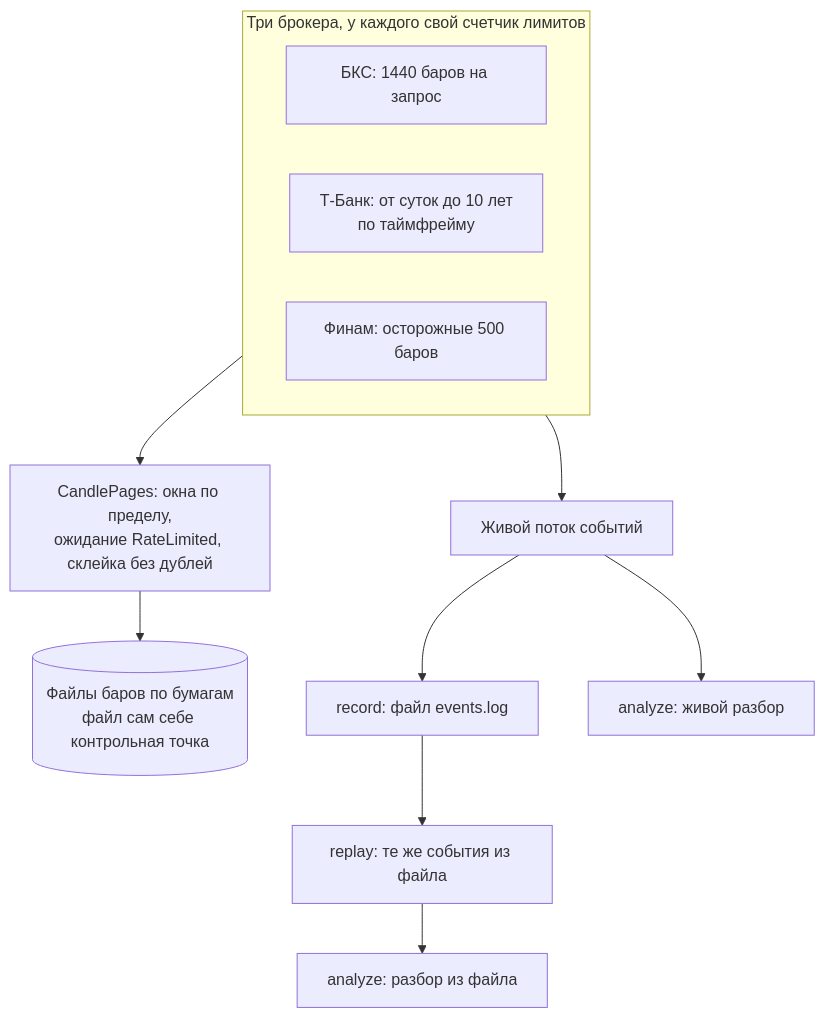
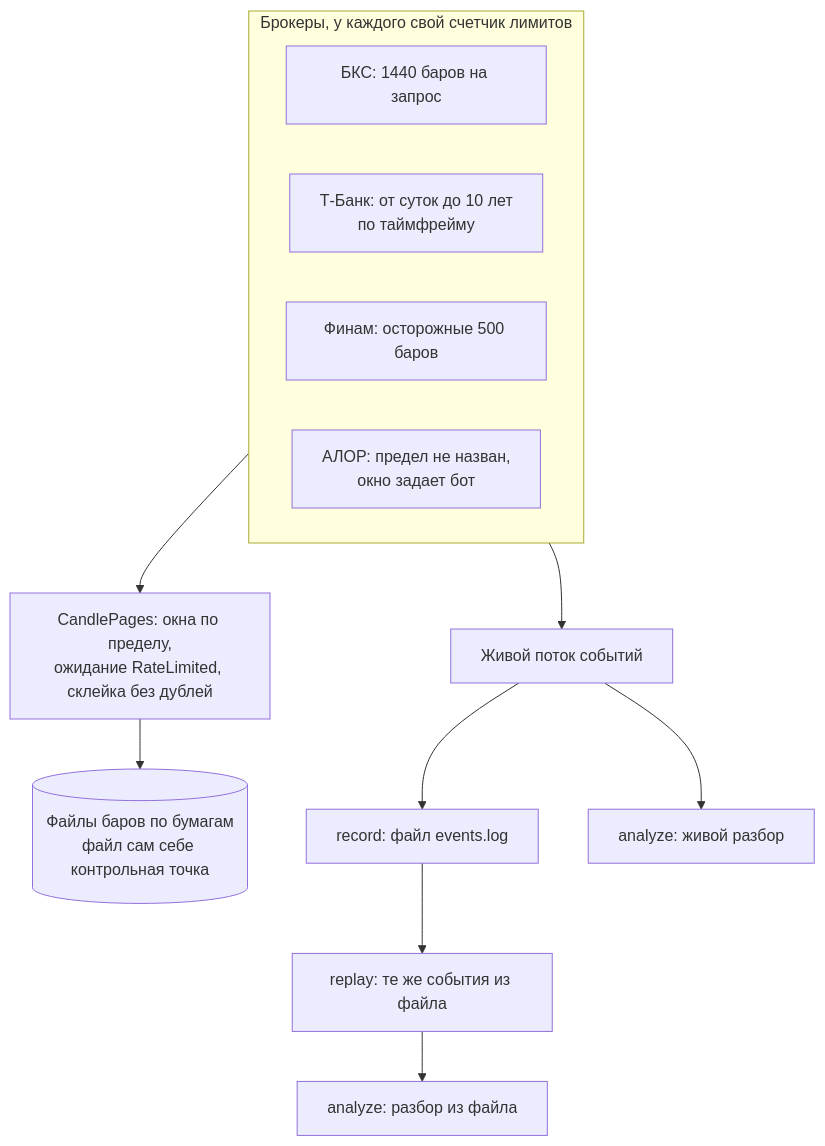
The diagram in docs/src/rust/howto-research.md (runinfra/brokapi), drawn with Mermaid before and after one commit. The commit also changed other lines of this file and 46 other files, not shown here.

````diff
--- a/docs/src/rust/howto-research.md
+++ b/docs/src/rust/howto-research.md
@@ -10,15 +9,16 @@
 ```mermaid
 flowchart TB
-  subgraph BR[Три брокера, у каждого свой счетчик лимитов]
+  subgraph BR[Брокеры, у каждого свой счетчик лимитов]
     B[БКС: 1440 баров на запрос]
     T[Т-Банк: от суток до 10 лет<br>по таймфрейму]
     F[Финам: осторожные 500 баров]
+    A[АЛОР: предел не назван,<br>окно задает бот]
   end
   BR --> W[CandlePages: окна по пределу,<br>ожидание RateLimited, склейка без дублей]
   W --> D[(Файлы баров по бумагам<br>файл сам себе контрольная точка)]
   BR --> L[Живой поток событий]
   L --> R[record: файл events.log]
   R --> P[replay: те же события из файла]
   L --> A1[analyze: живой разбор]
   P --> A2[analyze: разбор из файла]
 ```
````
